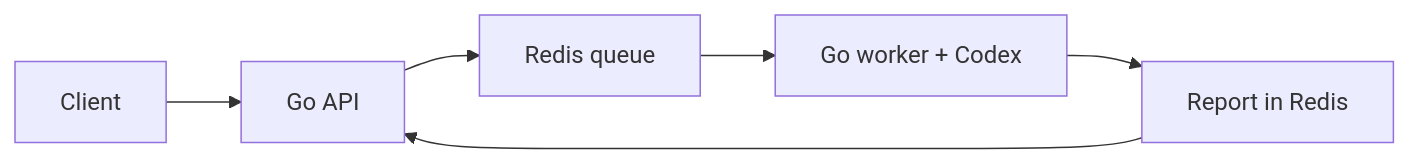
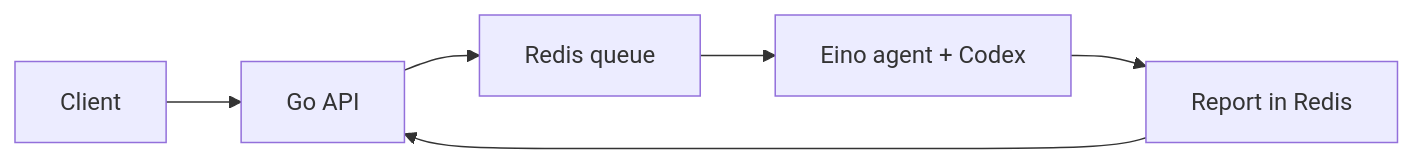
One commit to simonbalfe/k3s-hetzner-adk-research changed the diagram in README.md. Above: the diagram before and after it, drawn with Mermaid. The commit also changed other lines of this file and 12 other files, not shown here.

Commit message:
Run Eino research agent with persistent Codex login

````diff
--- a/README.md
+++ b/README.md
@@ -5,8 +5,8 @@
 ```mermaid
 flowchart LR
   Client --> API[Go API]
   API --> Queue[Redis queue]
-  Queue --> Worker[Go worker + Codex]
+  Queue --> Worker[Eino agent + Codex]
   Worker --> Results[Report in Redis]
   Results --> API
 ```
````
